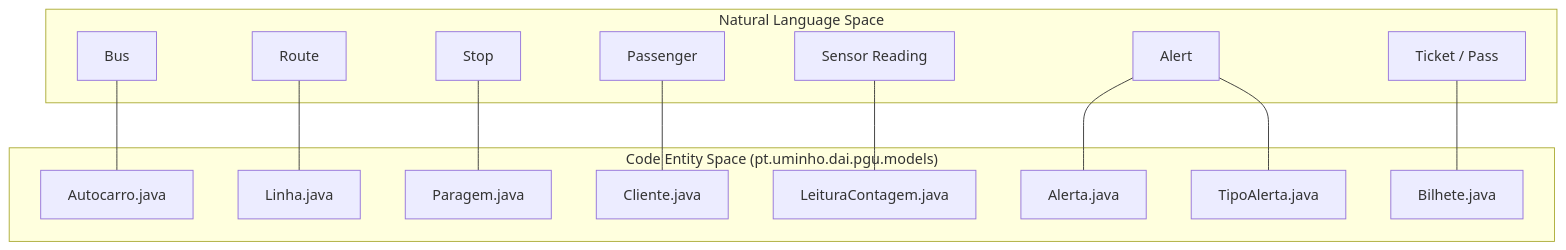
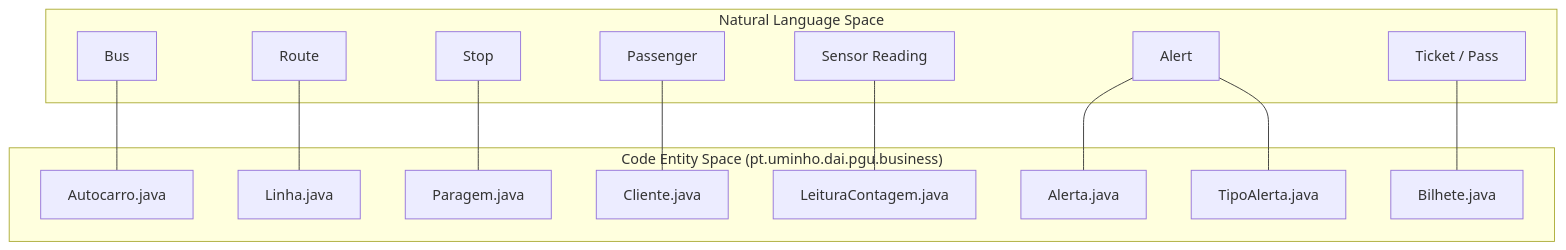
The first of 3 diagrams in Wiki/06-Modelos-de-Dominio.md (afonso4machado-a11y/pgu-tub-dai), drawn with Mermaid before and after one commit. The commit also changed other lines of this file and 8 other files, not shown here.

Commit message:
docs: update wiki files with new package names and add simple + technical explanations to all diagrams

````diff
--- a/Wiki/06-Modelos-de-Dominio.md
+++ b/Wiki/06-Modelos-de-Dominio.md
@@ -13,32 +13,32 @@
 ```mermaid
 graph TD
  subgraph "Natural Language Space"
  A_NL["Bus"]
  L_NL["Route"]
  S_NL["Stop"]
  U_NL["Passenger"]
  R_NL["Sensor Reading"]
  AL_NL["Alert"]
  B_NL["Ticket / Pass"]
  end
 
- subgraph "Code Entity Space (pt.uminho.dai.pgu.models)"
+ subgraph "Code Entity Space (pt.uminho.dai.pgu.business)"
  A_CE["Autocarro.java"]
  L_CE["Linha.java"]
  S_CE["Paragem.java"]
  U_CE["Cliente.java"]
  R_CE["LeituraContagem.java"]
  AL_CE["Alerta.java"]
  T_CE["TipoAlerta.java"]
  B_CE["Bilhete.java"]
  end
 
  A_NL --- A_CE
  L_NL --- L_CE
  S_NL --- S_CE
  U_NL --- U_CE
  R_NL --- R_CE
  AL_NL --- AL_CE
  AL_NL --- T_CE
  B_NL --- B_CE
 ```
````
